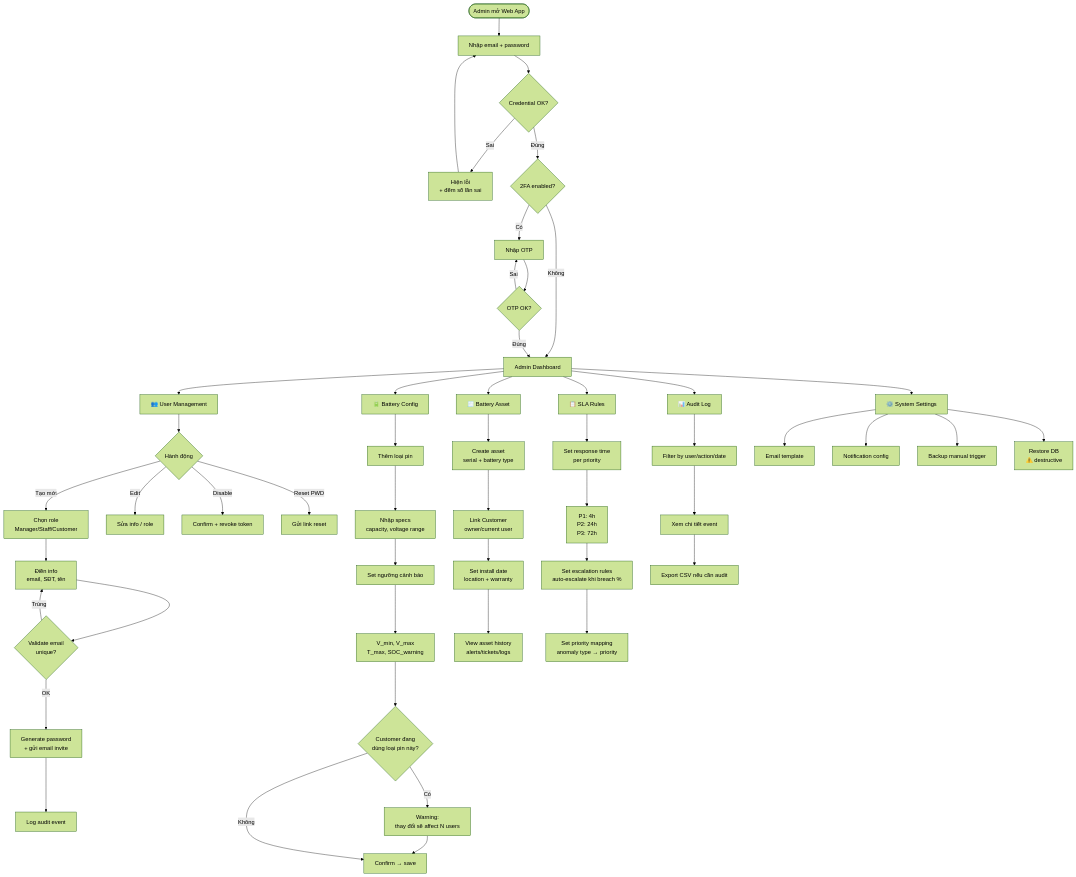
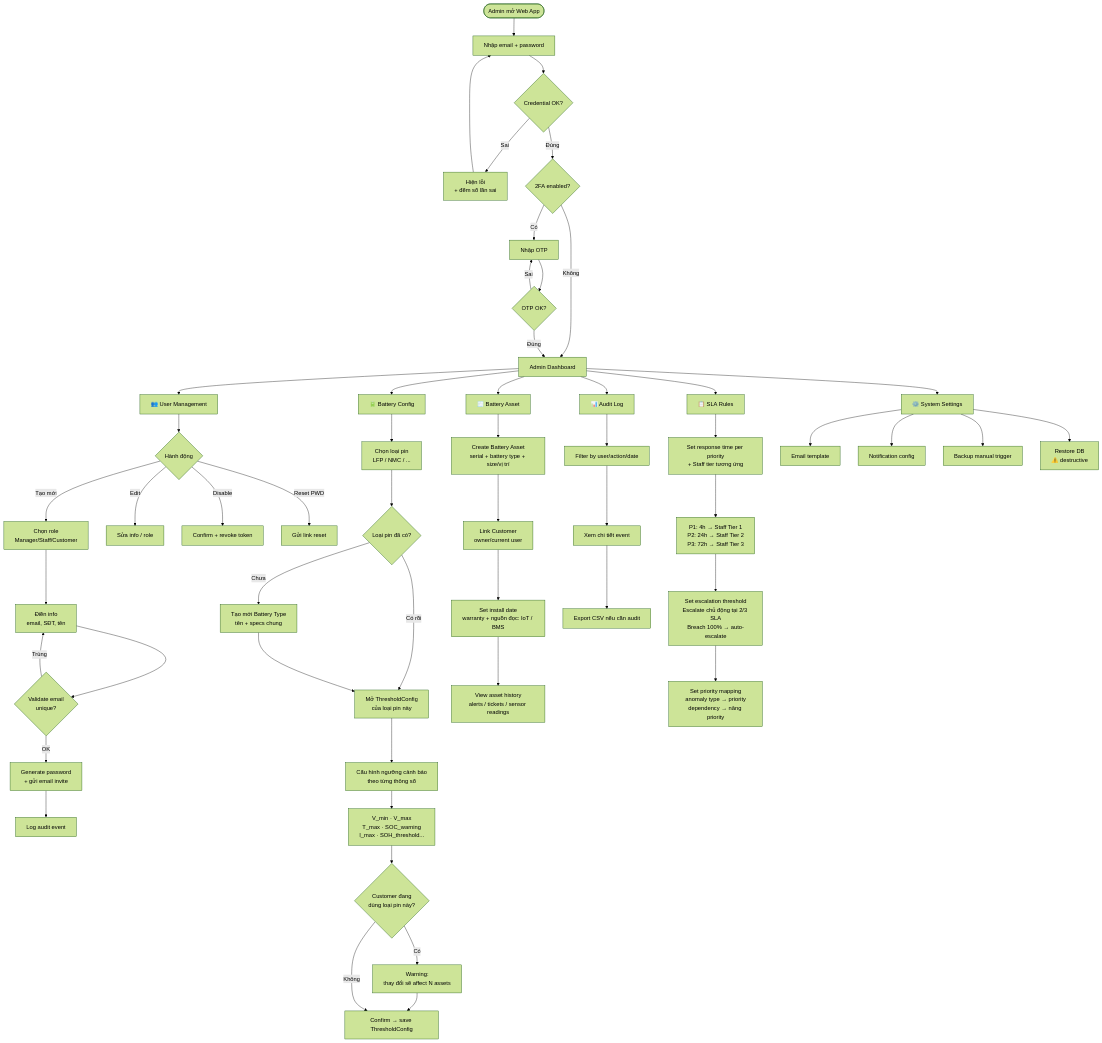
The fifth of 8 diagrams in .claude/docs/core-business-flow.md (GSU26SE55/iot), drawn with Mermaid (forest theme) before and after one commit. The commit also changed other lines of this file and 1 other file, not shown here.

Commit message:
sync: cập nhật .claude/ và CI config từ workflow-ai

````diff
--- a/.claude/docs/core-business-flow.md
+++ b/.claude/docs/core-business-flow.md
@@ -338,58 +357,61 @@
 ```mermaid
 flowchart TD
     Start([Admin mở Web App]) --> L1[Nhập email + password]
     L1 --> L2{Credential OK?}
     L2 -->|Sai| L3[Hiện lỗi<br/>+ đếm số lần sai] --> L1
     L2 -->|Đúng| L4{2FA enabled?}
     L4 -->|Có| L5[Nhập OTP]
     L4 -->|Không| Dashboard
     L5 --> L6{OTP OK?}
     L6 -->|Sai| L5
     L6 -->|Đúng| Dashboard[Admin Dashboard]
 
     Dashboard --> T1[👥 User Management]
     Dashboard --> T2[🔋 Battery Config]
     Dashboard --> T6[🧾 Battery Asset]
     Dashboard --> T3[📋 SLA Rules]
     Dashboard --> T4[📊 Audit Log]
     Dashboard --> T5[⚙️ System Settings]
 
     T1 --> U1{Hành động}
     U1 -->|Tạo mới| U2[Chọn role<br/>Manager/Staff/Customer]
     U2 --> U3[Điền info<br/>email, SĐT, tên]
     U3 --> U4{Validate email<br/>unique?}
     U4 -->|Trùng| U3
     U4 -->|OK| U5[Generate password<br/>+ gửi email invite]
     U5 --> U6[Log audit event]
     U1 -->|Edit| U7[Sửa info / role]
     U1 -->|Disable| U8[Confirm + revoke token]
     U1 -->|Reset PWD| U9[Gửi link reset]
 
-    T2 --> B1[Thêm loại pin]
-    B1 --> B2[Nhập specs<br/>capacity, voltage range]
-    B2 --> B3[Set ngưỡng cảnh báo]
-    B3 --> B4[V_min, V_max<br/>T_max, SOC_warning]
+    T2 --> B1[Chọn loại pin<br/>LFP / NMC / ...]
+    B1 --> B1b{Loại pin đã có?}
+    B1b -->|Chưa| B1c[Tạo mới Battery Type<br/>tên + specs chung]
+    B1b -->|Có rồi| B2
+    B1c --> B2[Mở ThresholdConfig<br/>của loại pin này]
+    B2 --> B3[Cấu hình ngưỡng cảnh báo<br/>theo từng thông số]
+    B3 --> B4[V_min · V_max<br/>T_max · SOC_warning<br/>I_max · SOH_threshold...]
     B4 --> B5{Customer đang<br/>dùng loại pin này?}
-    B5 -->|Có| B6[Warning:<br/>thay đổi sẽ affect N users]
-    B6 --> B7[Confirm → save]
+    B5 -->|Có| B6[Warning:<br/>thay đổi sẽ affect N assets]
+    B6 --> B7[Confirm → save ThresholdConfig]
     B5 -->|Không| B7
 
-    T6 --> BA1[Create asset<br/>serial + battery type]
+    T6 --> BA1[Create Battery Asset<br/>serial + battery type + size/vị trí]
     BA1 --> BA2[Link Customer<br/>owner/current user]
-    BA2 --> BA3[Set install date<br/>location + warranty]
-    BA3 --> BA4[View asset history<br/>alerts/tickets/logs]
+    BA2 --> BA3[Set install date<br/>warranty + nguồn đọc: IoT / BMS]
+    BA3 --> BA4[View asset history<br/>alerts / tickets / sensor readings]
 
-    T3 --> SR1[Set response time<br/>per priority]
-    SR1 --> SR2[P1: 4h<br/>P2: 24h<br/>P3: 72h]
-    SR2 --> SR3[Set escalation rules<br/>auto-escalate khi breach %]
-    SR3 --> SR4[Set priority mapping<br/>anomaly type → priority]
+    T3 --> SR1[Set response time per priority<br/>+ Staff tier tương ứng]
+    SR1 --> SR2[P1: 4h → Staff Tier 1<br/>P2: 24h → Staff Tier 2<br/>P3: 72h → Staff Tier 3]
+    SR2 --> SR3[Set escalation threshold<br/>Escalate chủ động tại 2/3 SLA<br/>Breach 100% → auto-escalate]
+    SR3 --> SR4[Set priority mapping<br/>anomaly type → priority<br/>dependency → nâng priority]
 
     T4 --> AL1[Filter by user/action/date]
     AL1 --> AL2[Xem chi tiết event]
     AL2 --> AL3[Export CSV nếu cần audit]
 
     T5 --> SY1[Email template]
     T5 --> SY2[Notification config]
     T5 --> SY3[Backup manual trigger]
     T5 --> SY4[Restore DB<br/>⚠️ destructive]
 ```
````
